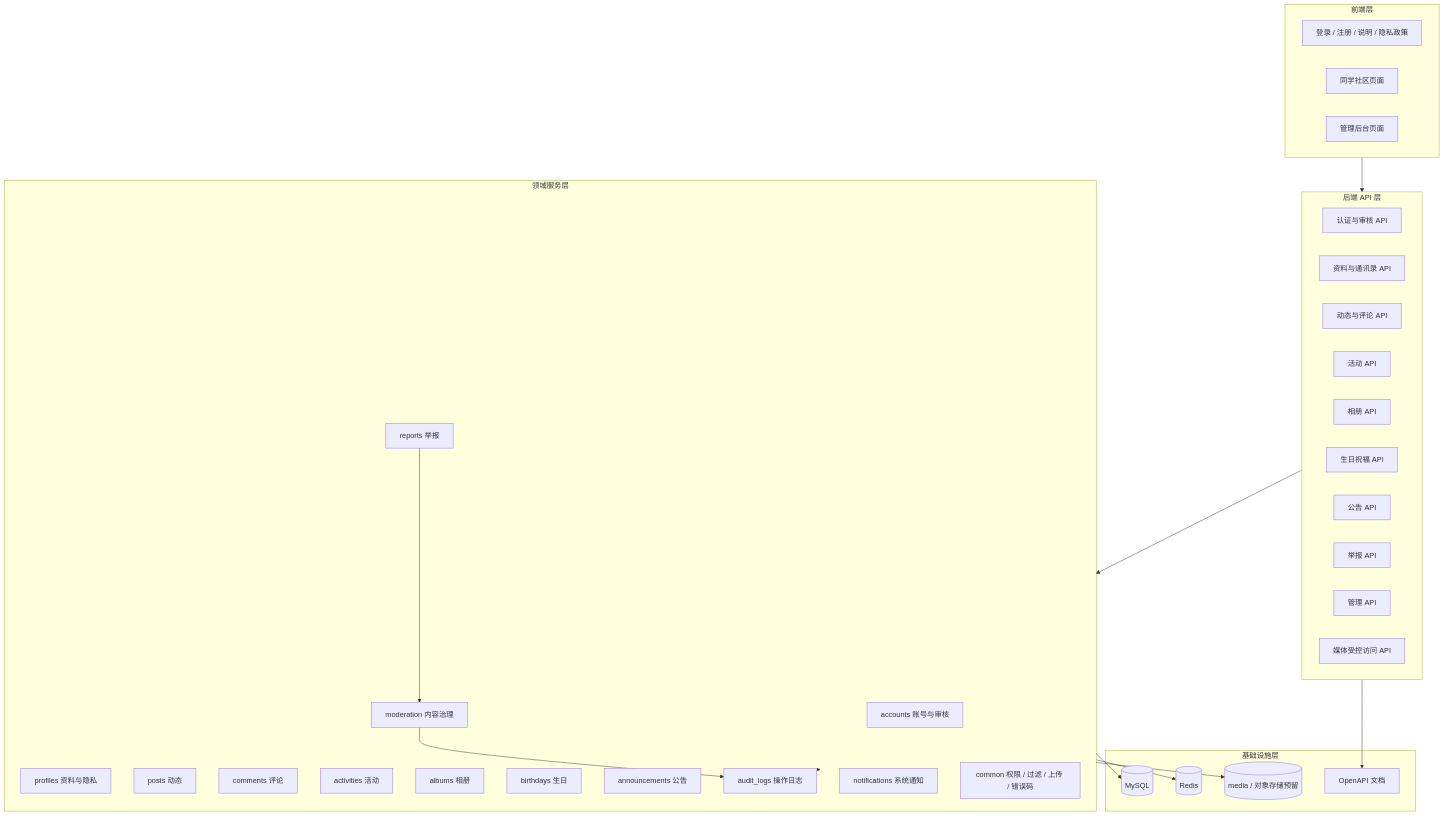
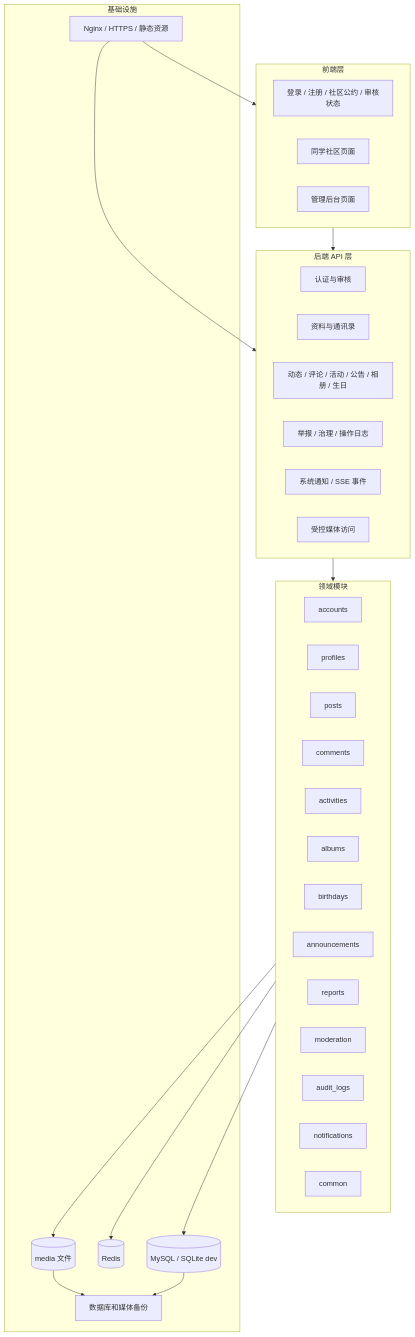
The first of 3 diagrams in docs/classmate-community-hld.md (sharpcj/Tavern), drawn with Mermaid before and after one commit. The commit also changed other lines of this file and 5 other files, not shown here.

````diff
--- a/docs/classmate-community-hld.md
+++ b/docs/classmate-community-hld.md
@@ -263,54 +104,51 @@
 ```mermaid
 flowchart TB
     subgraph Client[前端层]
-        PublicPages[登录 / 注册 / 说明 / 隐私政策]
-        UserPortal[同学社区页面]
-        AdminPortal[管理后台页面]
+        Public[登录 / 注册 / 社区公约 / 审核状态]
+        Portal[同学社区页面]
+        Admin[管理后台页面]
     end
 
     subgraph API[后端 API 层]
-        AuthAPI[认证与审核 API]
-        ProfileAPI[资料与通讯录 API]
-        PostAPI[动态与评论 API]
-        ActivityAPI[活动 API]
-        AlbumAPI[相册 API]
-        BirthdayAPI[生日祝福 API]
-        AnnouncementAPI[公告 API]
-        ReportAPI[举报 API]
-        AdminAPI[管理 API]
-        MediaAPI[媒体受控访问 API]
+        Auth[认证与审核]
+        Profile[资料与通讯录]
+        Content[动态 / 评论 / 活动 / 公告 / 相册 / 生日]
+        Governance[举报 / 治理 / 操作日志]
+        Notify[系统通知 / SSE 事件]
+        Media[受控媒体访问]
     end
 
-    subgraph Domain[领域服务层]
-        Accounts[accounts 账号与审核]
-        Profiles[profiles 资料与隐私]
-        Posts[posts 动态]
-        Comments[comments 评论]
-        Activities[activities 活动]
-        Albums[albums 相册]
-        Birthdays[birthdays 生日]
-        Announcements[announcements 公告]
-        Reports[reports 举报]
-        Moderation[moderation 内容治理]
-        AuditLogs[audit_logs 操作日志]
-        Notifications[notifications 系统通知]
-        Common[common 权限 / 过滤 / 上传 / 错误码]
+    subgraph Domain[领域模块]
+        Accounts[accounts]
+        Profiles[profiles]
+        Posts[posts]
+        Comments[comments]
+        Activities[activities]
+        Albums[albums]
+        Birthdays[birthdays]
+        Announcements[announcements]
+        Reports[reports]
+        Moderation[moderation]
+        AuditLogs[audit_logs]
+        Notifications[notifications]
+        Common[common]
     end
 
-    subgraph Infra[基础设施层]
-        DB[(MySQL)]
-        Cache[(Redis)]
-        FileStore[(media / 对象存储预留)]
-        OpenAPI[OpenAPI 文档]
+    subgraph Infra[基础设施]
+        DB[(MySQL / SQLite dev)]
+        Redis[(Redis)]
+        Files[(media 文件)]
+        Nginx[Nginx / HTTPS / 静态资源]
+        Backup[数据库和媒体备份]
     end
 
     Client --> API
     API --> Domain
     Domain --> DB
-    Domain --> Cache
-    Domain --> FileStore
-    API --> OpenAPI
-    Domain --> AuditLogs
-    Reports --> Moderation
-    Moderation --> AuditLogs
+    Domain --> Redis
+    Domain --> Files
+    Nginx --> Client
+    Nginx --> API
+    Files --> Backup
+    DB --> Backup
 ```
````
